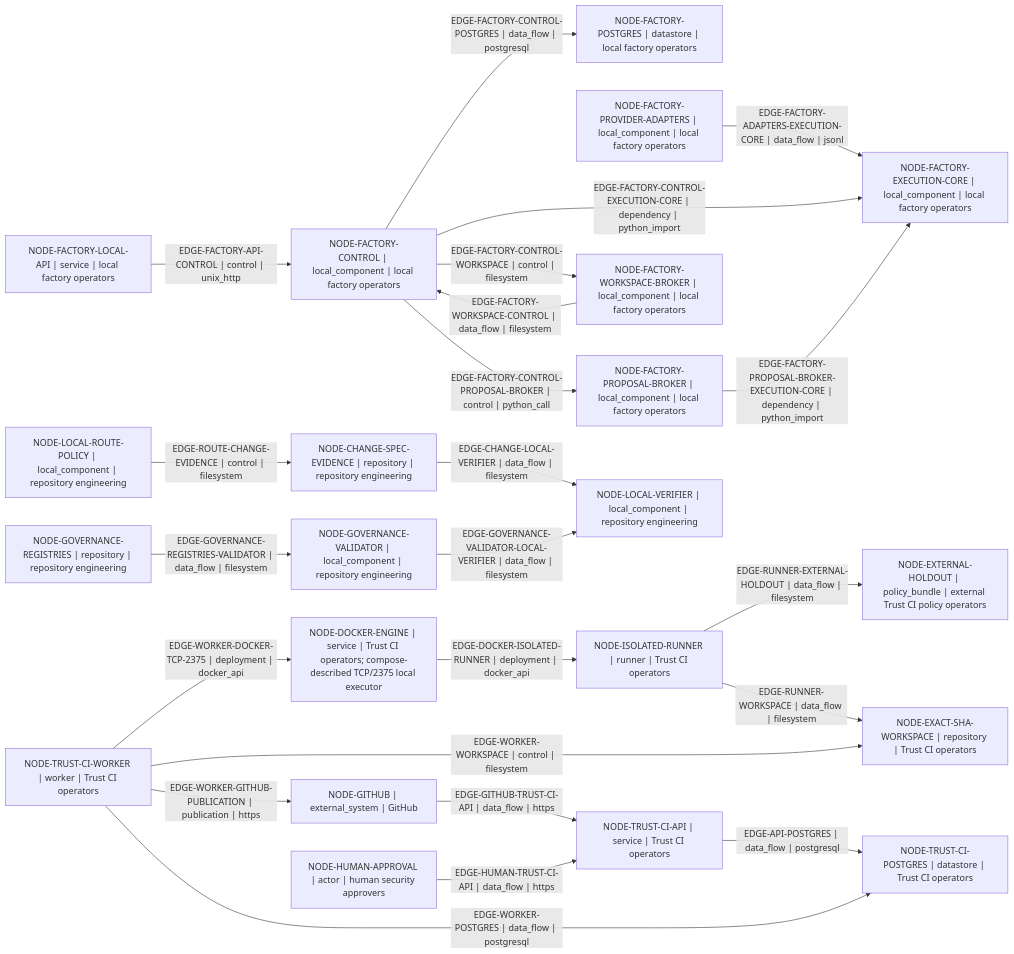
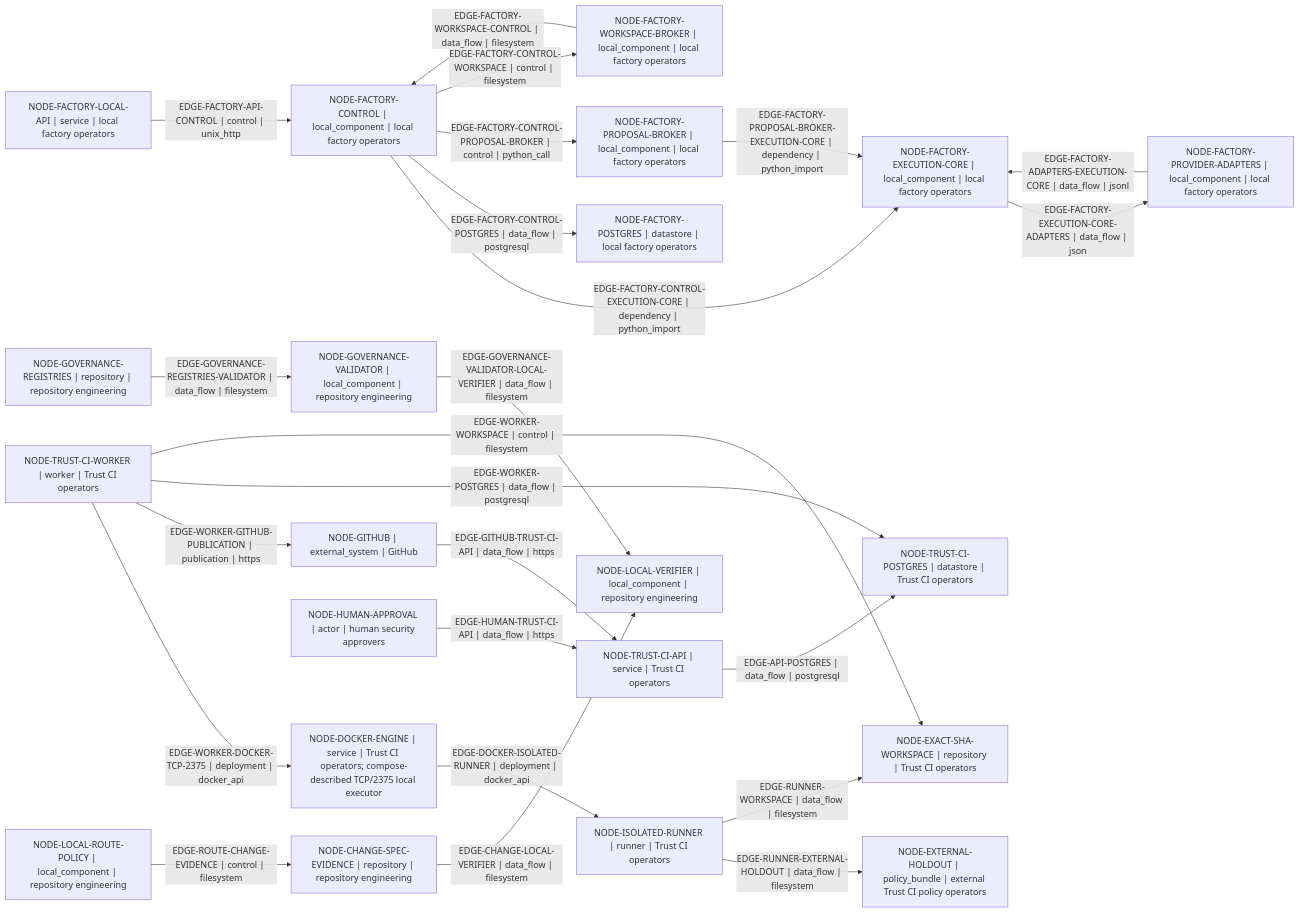
One commit to Dimkox/adaptive-grok-build-pro changed the diagram in architecture/generated/container.mmd. Above: the diagram before and after it, drawn with Mermaid. The commit also changed 27 other files, not shown here.

```diff
--- a/architecture/generated/container.mmd
+++ b/architecture/generated/container.mmd
@@ -1,44 +1,45 @@
 flowchart LR
   node_8938bd3db1932751["NODE-CHANGE-SPEC-EVIDENCE | repository | repository engineering"]
   node_4e78270f61d78ed8["NODE-DOCKER-ENGINE | service | Trust CI operators; compose-described TCP/2375 local executor"]
   node_2e8a7072de3f3743["NODE-EXACT-SHA-WORKSPACE | repository | Trust CI operators"]
   node_0a0fe2f046a648e9["NODE-EXTERNAL-HOLDOUT | policy_bundle | external Trust CI policy operators"]
   node_a6c166e55f8e1784["NODE-FACTORY-CONTROL | local_component | local factory operators"]
   node_0a087cfaed95a8ad["NODE-FACTORY-EXECUTION-CORE | local_component | local factory operators"]
   node_93915052ae8a2e67["NODE-FACTORY-LOCAL-API | service | local factory operators"]
   node_a77de286f8308fd4["NODE-FACTORY-POSTGRES | datastore | local factory operators"]
   node_21b552fdfa11f1c2["NODE-FACTORY-PROPOSAL-BROKER | local_component | local factory operators"]
   node_fae11f6a95d982dc["NODE-FACTORY-PROVIDER-ADAPTERS | local_component | local factory operators"]
   node_23f89cd7152cc030["NODE-FACTORY-WORKSPACE-BROKER | local_component | local factory operators"]
   node_8b8a8cd21b180532["NODE-GITHUB | external_system | GitHub"]
   node_dfd1104494c6ab8f["NODE-GOVERNANCE-REGISTRIES | repository | repository engineering"]
   node_23677f8757246623["NODE-GOVERNANCE-VALIDATOR | local_component | repository engineering"]
   node_e4e37173e410ad23["NODE-HUMAN-APPROVAL | actor | human security approvers"]
   node_1c3a10ba26a8e80d["NODE-ISOLATED-RUNNER | runner | Trust CI operators"]
   node_770cf3a1783e8525["NODE-LOCAL-ROUTE-POLICY | local_component | repository engineering"]
   node_23bed8fcbfc79861["NODE-LOCAL-VERIFIER | local_component | repository engineering"]
   node_d0e570b2fbe52f98["NODE-TRUST-CI-API | service | Trust CI operators"]
   node_1a6c7efb2d08591b["NODE-TRUST-CI-POSTGRES | datastore | Trust CI operators"]
   node_070dda93443dcc1f["NODE-TRUST-CI-WORKER | worker | Trust CI operators"]
   node_d0e570b2fbe52f98 -->|"EDGE-API-POSTGRES | data_flow | postgresql"| node_1a6c7efb2d08591b
   node_8938bd3db1932751 -->|"EDGE-CHANGE-LOCAL-VERIFIER | data_flow | filesystem"| node_23bed8fcbfc79861
   node_4e78270f61d78ed8 -->|"EDGE-DOCKER-ISOLATED-RUNNER | deployment | docker_api"| node_1c3a10ba26a8e80d
   node_fae11f6a95d982dc -->|"EDGE-FACTORY-ADAPTERS-EXECUTION-CORE | data_flow | jsonl"| node_0a087cfaed95a8ad
   node_93915052ae8a2e67 -->|"EDGE-FACTORY-API-CONTROL | control | unix_http"| node_a6c166e55f8e1784
   node_a6c166e55f8e1784 -->|"EDGE-FACTORY-CONTROL-EXECUTION-CORE | dependency | python_import"| node_0a087cfaed95a8ad
   node_a6c166e55f8e1784 -->|"EDGE-FACTORY-CONTROL-POSTGRES | data_flow | postgresql"| node_a77de286f8308fd4
   node_a6c166e55f8e1784 -->|"EDGE-FACTORY-CONTROL-PROPOSAL-BROKER | control | python_call"| node_21b552fdfa11f1c2
   node_a6c166e55f8e1784 -->|"EDGE-FACTORY-CONTROL-WORKSPACE | control | filesystem"| node_23f89cd7152cc030
+  node_0a087cfaed95a8ad -->|"EDGE-FACTORY-EXECUTION-CORE-ADAPTERS | data_flow | json"| node_fae11f6a95d982dc
   node_21b552fdfa11f1c2 -->|"EDGE-FACTORY-PROPOSAL-BROKER-EXECUTION-CORE | dependency | python_import"| node_0a087cfaed95a8ad
   node_23f89cd7152cc030 -->|"EDGE-FACTORY-WORKSPACE-CONTROL | data_flow | filesystem"| node_a6c166e55f8e1784
   node_8b8a8cd21b180532 -->|"EDGE-GITHUB-TRUST-CI-API | data_flow | https"| node_d0e570b2fbe52f98
   node_dfd1104494c6ab8f -->|"EDGE-GOVERNANCE-REGISTRIES-VALIDATOR | data_flow | filesystem"| node_23677f8757246623
   node_23677f8757246623 -->|"EDGE-GOVERNANCE-VALIDATOR-LOCAL-VERIFIER | data_flow | filesystem"| node_23bed8fcbfc79861
   node_e4e37173e410ad23 -->|"EDGE-HUMAN-TRUST-CI-API | data_flow | https"| node_d0e570b2fbe52f98
   node_770cf3a1783e8525 -->|"EDGE-ROUTE-CHANGE-EVIDENCE | control | filesystem"| node_8938bd3db1932751
   node_1c3a10ba26a8e80d -->|"EDGE-RUNNER-EXTERNAL-HOLDOUT | data_flow | filesystem"| node_0a0fe2f046a648e9
   node_1c3a10ba26a8e80d -->|"EDGE-RUNNER-WORKSPACE | data_flow | filesystem"| node_2e8a7072de3f3743
   node_070dda93443dcc1f -->|"EDGE-WORKER-DOCKER-TCP-2375 | deployment | docker_api"| node_4e78270f61d78ed8
   node_070dda93443dcc1f -->|"EDGE-WORKER-GITHUB-PUBLICATION | publication | https"| node_8b8a8cd21b180532
   node_070dda93443dcc1f -->|"EDGE-WORKER-POSTGRES | data_flow | postgresql"| node_1a6c7efb2d08591b
   node_070dda93443dcc1f -->|"EDGE-WORKER-WORKSPACE | control | filesystem"| node_2e8a7072de3f3743
```
